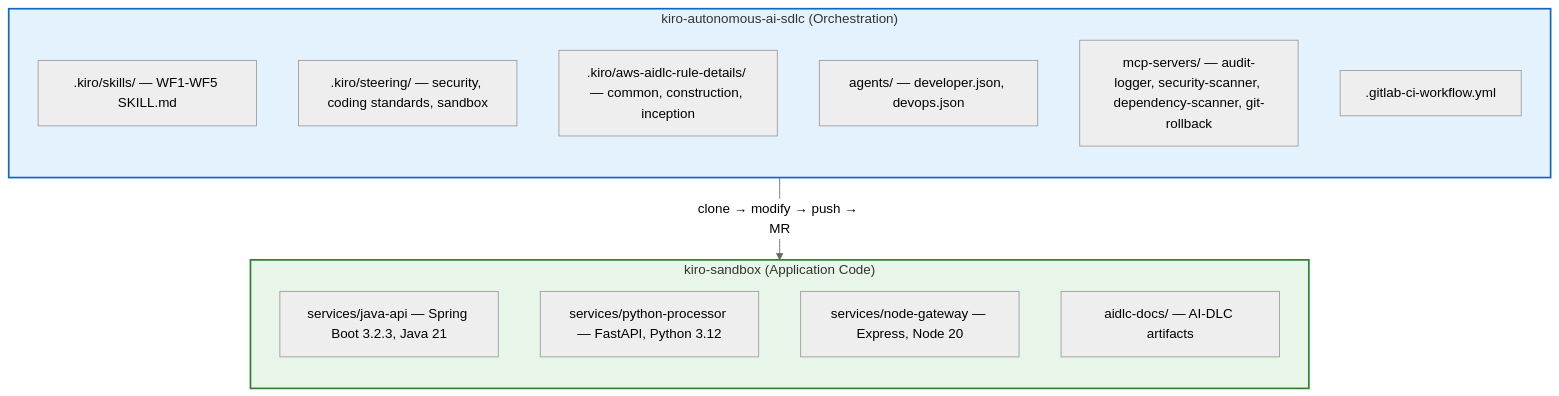
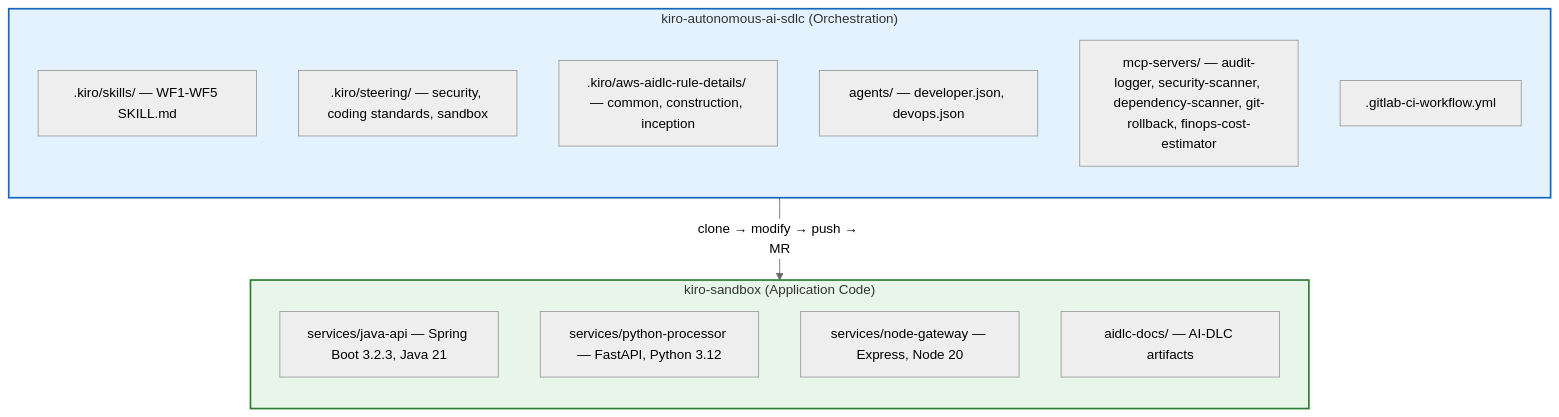
One commit to ukrsite/kiro-autonomous-ai-sdlc changed the second of 10 diagrams in docs/Architecture — Autonomous AI Software Development Lifecycle.md. Above: the diagram before and after it, drawn with Mermaid (neutral theme). The commit also changed other lines of this file and 62 other files, not shown here.

````diff
--- a/docs/Architecture — Autonomous AI Software Development Lifecycle.md
+++ b/docs/Architecture — Autonomous AI Software Development Lifecycle.md
@@ -66,25 +90,25 @@
 ```mermaid
 graph TB
     subgraph ORCH["kiro-autonomous-ai-sdlc (Orchestration)"]
         direction TB
         SKILLS2[".kiro/skills/ — WF1-WF5 SKILL.md"]
         STEERING2[".kiro/steering/ — security, coding standards, sandbox"]
         RULES2[".kiro/aws-aidlc-rule-details/ — common, construction, inception"]
         AGENTS2["agents/ — developer.json, devops.json"]
-        MCP2["mcp-servers/ — audit-logger, security-scanner, dependency-scanner, git-rollback"]
+        MCP2["mcp-servers/ — audit-logger, security-scanner, dependency-scanner, git-rollback, finops-cost-estimator"]
         PIPELINE2[".gitlab-ci-workflow.yml"]
     end
 
     subgraph SANDBOX2["kiro-sandbox (Application Code)"]
         direction TB
         JAVA2["services/java-api — Spring Boot 3.2.3, Java 21"]
         PYTHON2["services/python-processor — FastAPI, Python 3.12"]
         NODE2["services/node-gateway — Express, Node 20"]
         AIDLC2["aidlc-docs/ — AI-DLC artifacts"]
     end
 
     PIPELINE2 -->|"clone → modify → push → MR"| SANDBOX2
 
     style ORCH fill:#e3f2fd,stroke:#1565c0,stroke-width:2px
     style SANDBOX2 fill:#e8f5e9,stroke:#2e7d32,stroke-width:2px
 ```
````
